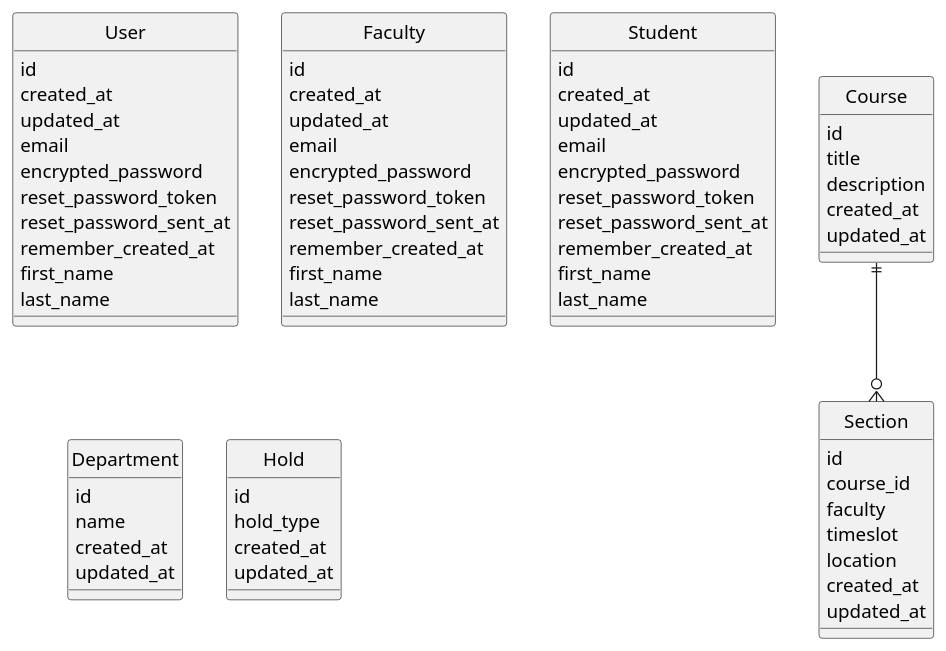
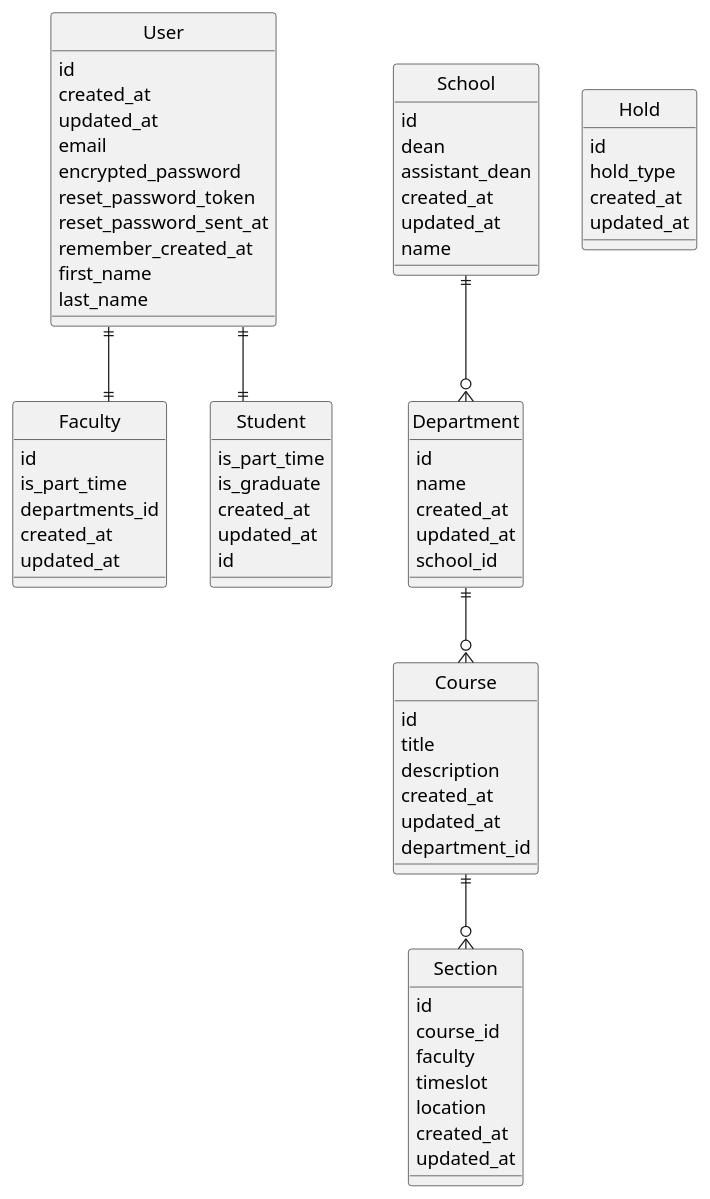
One commit to ow-fall2019-sysdes-nll/course-assistant changed the diagram in app/diagramm.puml. Above: the diagram before and after it, drawn with PlantUML. The commit also changed 17 other files, not shown here.

```diff
--- a/app/diagramm.puml
+++ b/app/diagramm.puml
@@ -1,77 +1,81 @@
 @startuml
 
 hide circle
 skinparam linetype ortho
 skinparam shadowing false
 skinparam monochrome true
 skinparam DefaultFontName Helvetica
 skinparam DefaultFontSize 15
 
 entity User {
 id
 created_at
 updated_at
 email
 encrypted_password
 reset_password_token
 reset_password_sent_at
 remember_created_at
 first_name
 last_name
 }
-entity Faculty {
-id
-created_at
-updated_at
-email
-encrypted_password
-reset_password_token
-reset_password_sent_at
-remember_created_at
-first_name
-last_name
-}
-entity Student {
-id
-created_at
-updated_at
-email
-encrypted_password
-reset_password_token
-reset_password_sent_at
-remember_created_at
-first_name
-last_name
-}
 entity Department {
 id
 name
 created_at
 updated_at
+school_id
+}
+entity Faculty {
+id
+is_part_time
+departments_id
+created_at
+updated_at
+}
+entity Student {
+is_part_time
+is_graduate
+created_at
+updated_at
+id
 }
 entity Section {
 id
 course_id
 faculty
 timeslot
 location
 created_at
 updated_at
 }
 entity Course {
 id
 title
 description
 created_at
 updated_at
+department_id
 }
 entity Hold {
 id
 hold_type
 created_at
 updated_at
 }
+entity School {
+id
+dean
+assistant_dean
+created_at
+updated_at
+name
+}
 
+User ||--|| Student
+User ||--|| Faculty
+Department ||--o{ Course
 Course ||--o{ Section
+School ||--o{ Department
 
 @enduml
```
